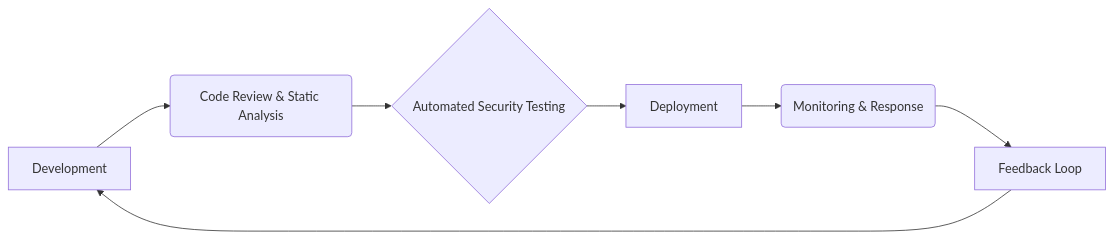
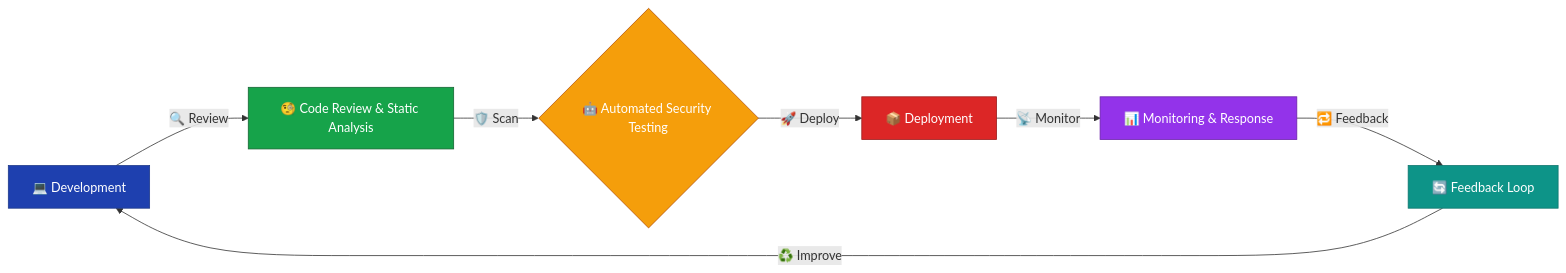
The first of 5 diagrams in _posts/2025-02-10-11.-security-in-devops.md (infoyouth/infoyouth.github.io), drawn with Mermaid before and after one commit. The commit also changed other lines of this file, not shown here.

````diff
--- a/_posts/2025-02-10-11.-security-in-devops.md
+++ b/_posts/2025-02-10-11.-security-in-devops.md
@@ -65,9 +65,17 @@
 ```mermaid
 graph LR
-    A[Development] --> B(Code Review & Static Analysis);
-    B --> C{Automated Security Testing};
-    C --> D[Deployment];
-    D --> E(Monitoring & Response);
-    E --> F[Feedback Loop];
-    F --> A;
+    A["💻 Development"] -->|🔍 Review| B["🧐 Code Review & Static Analysis"];
+    B -->|🛡️ Scan| C{"🤖 Automated Security Testing"};
+    C -->|🚀 Deploy| D["📦 Deployment"];
+    D -->|📡 Monitor| E["📊 Monitoring & Response"];
+    E -->|🔁 Feedback| F["🔄 Feedback Loop"];
+    F -->|♻️ Improve| A;
+
+    style A fill:#1e40af,stroke:#1e3a8a,color:#ffffff
+    style B fill:#16a34a,stroke:#166534,color:#ffffff
+    style C fill:#f59e0b,stroke:#b45309,color:#ffffff
+    style D fill:#dc2626,stroke:#991b1b,color:#ffffff
+    style E fill:#9333ea,stroke:#6b21a8,color:#ffffff
+    style F fill:#0d9488,stroke:#0f766e,color:#ffffff
+
 ```
````
